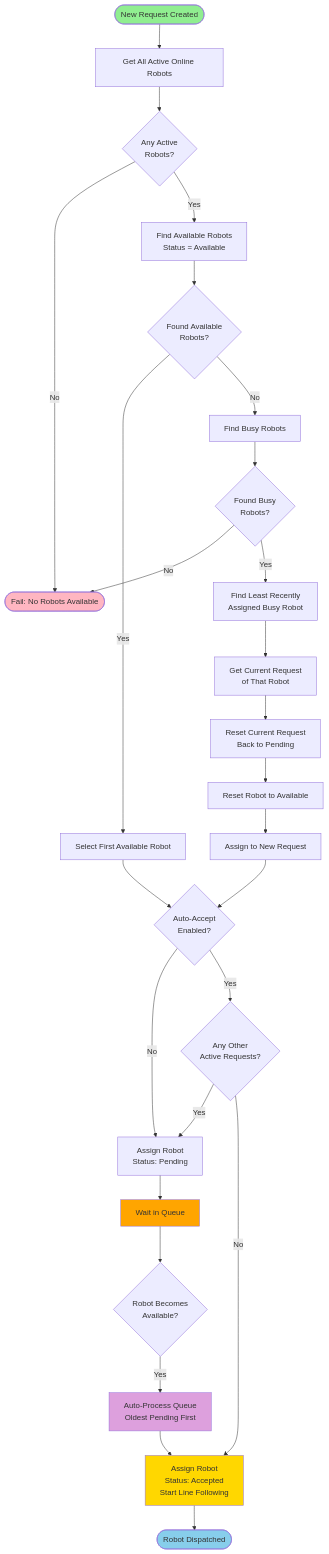
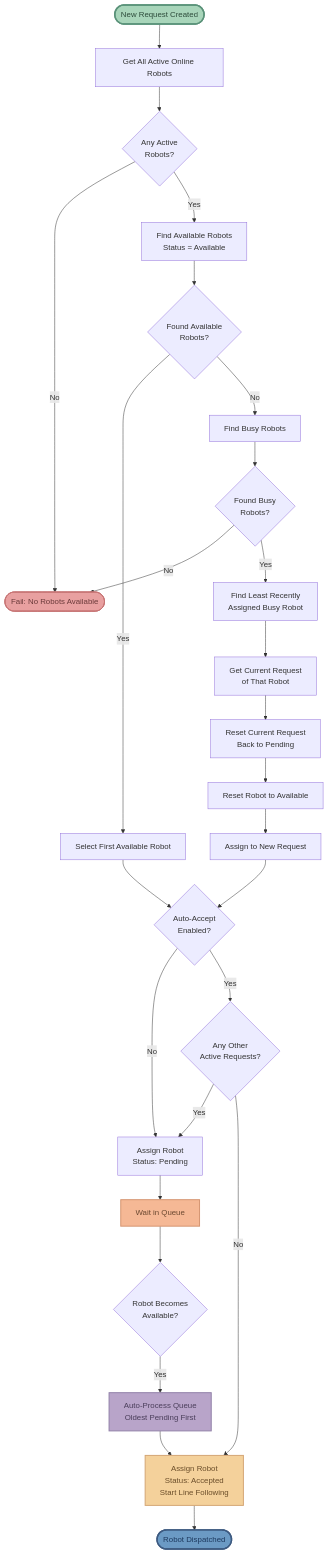
The third of 5 diagrams in ALGORITHMS.md (lavenderblue2/laundry-robot), drawn with Mermaid before and after one commit. The commit also changed other lines of this file, not shown here.

First line of the commit message:
Update flowchart colors with softer, eye-friendly palette

````diff
--- a/ALGORITHMS.md
+++ b/ALGORITHMS.md
@@ -135,45 +135,45 @@
 ```mermaid
 flowchart TD
     Start([New Request Created]) --> GetRobots[Get All Active Online Robots]
 
     GetRobots --> AnyActive{Any Active<br/>Robots?}
     AnyActive -->|No| NoRobots([Fail: No Robots Available])
     AnyActive -->|Yes| FindAvailable[Find Available Robots<br/>Status = Available]
 
     FindAvailable --> HasAvailable{Found Available<br/>Robots?}
 
     HasAvailable -->|Yes| SelectFirst[Select First Available Robot]
     SelectFirst --> CheckAutoAccept{Auto-Accept<br/>Enabled?}
 
     CheckAutoAccept -->|No| AssignPending[Assign Robot<br/>Status: Pending]
     CheckAutoAccept -->|Yes| CheckOtherBusy{Any Other<br/>Active Requests?}
 
     CheckOtherBusy -->|Yes| AssignPending
     CheckOtherBusy -->|No| AssignAccepted[Assign Robot<br/>Status: Accepted<br/>Start Line Following]
 
     HasAvailable -->|No| FindBusy[Find Busy Robots]
     FindBusy --> HasBusy{Found Busy<br/>Robots?}
 
     HasBusy -->|No| NoRobots
     HasBusy -->|Yes| FindLeastRecent[Find Least Recently<br/>Assigned Busy Robot]
 
     FindLeastRecent --> GetCurrentReq[Get Current Request<br/>of That Robot]
     GetCurrentReq --> ResetRequest[Reset Current Request<br/>Back to Pending]
     ResetRequest --> ResetRobot[Reset Robot to Available]
     ResetRobot --> AssignToNew[Assign to New Request]
     AssignToNew --> CheckAutoAccept
 
     AssignPending --> WaitInQueue[Wait in Queue]
     WaitInQueue --> RobotFree{Robot Becomes<br/>Available?}
     RobotFree -->|Yes| AutoProcess[Auto-Process Queue<br/>Oldest Pending First]
     AutoProcess --> AssignAccepted
 
     AssignAccepted --> End([Robot Dispatched])
 
-    style Start fill:#90EE90
-    style End fill:#87CEEB
-    style NoRobots fill:#FFB6C1
-    style AssignAccepted fill:#FFD700
-    style WaitInQueue fill:#FFA500
-    style AutoProcess fill:#DDA0DD
+    style Start fill:#A8D5BA,stroke:#5A9279,stroke-width:3px,color:#2C4A3A
+    style End fill:#6B9AC4,stroke:#3D5A80,stroke-width:3px,color:#1E3A5F
+    style NoRobots fill:#E8A0A0,stroke:#C67373,stroke-width:2px,color:#6B3A3A
+    style AssignAccepted fill:#F4D19B,stroke:#D4A574,stroke-width:2px,color:#6B4E2A
+    style WaitInQueue fill:#F5B895,stroke:#D49470,stroke-width:2px,color:#6B4830
+    style AutoProcess fill:#B8A4C9,stroke:#9181A8,stroke-width:2px,color:#4A3E5A
 ```
````
